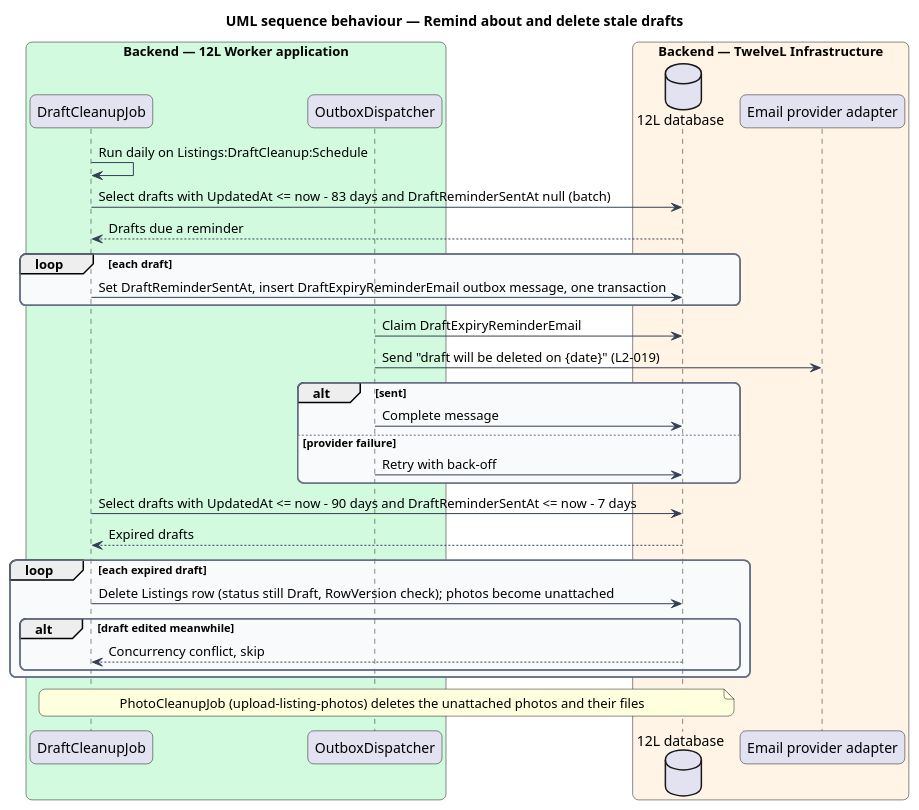
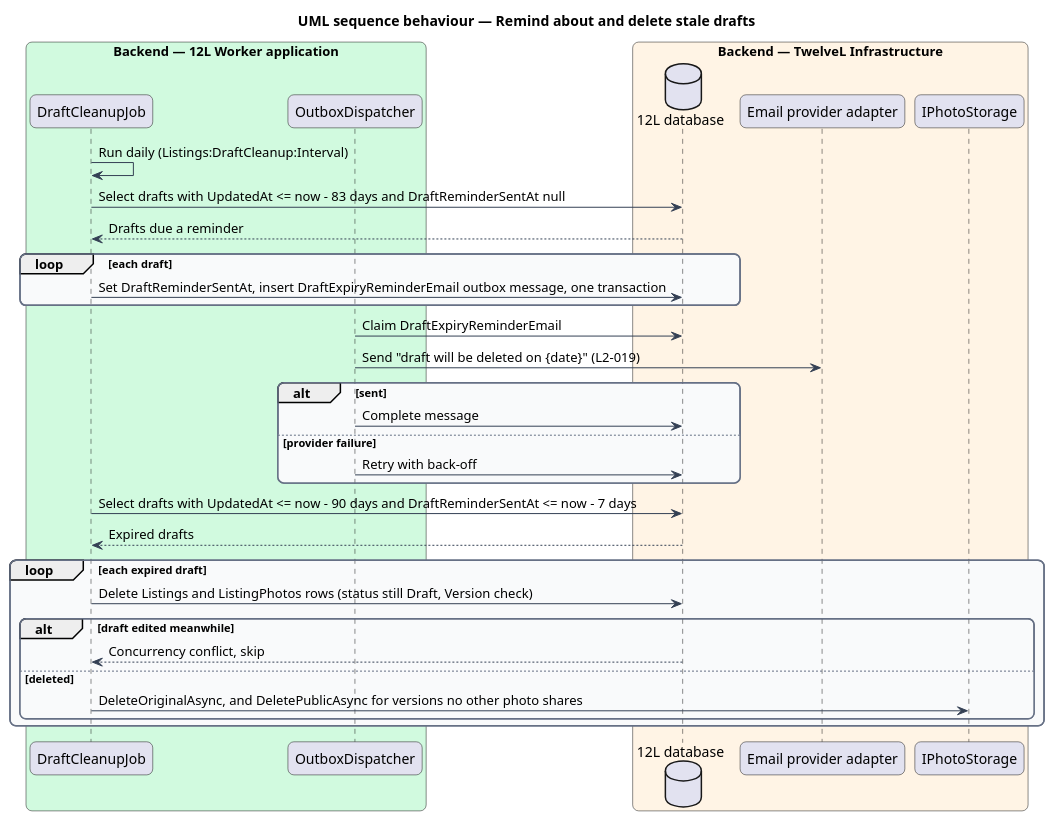
One commit to QuinntyneBrown/12l changed the diagram in docs/detailed-designs/listings/manage-my-listings/diagrams/sequence-draft-cleanup.puml. Above: the diagram before and after it, drawn with PlantUML. The commit also changed 29 other files, not shown here.

First line of the commit message:
Add the 90-day draft clean-up: reminder email, photo deletion and draft toast

```diff
--- a/docs/detailed-designs/listings/manage-my-listings/diagrams/sequence-draft-cleanup.puml
+++ b/docs/detailed-designs/listings/manage-my-listings/diagrams/sequence-draft-cleanup.puml
@@ -1,47 +1,49 @@
 @startuml
 title UML sequence behaviour — Remind about and delete stale drafts
 skinparam backgroundColor #FFFFFF
 skinparam shadowing false
 skinparam roundcorner 12
 skinparam defaultFontName Arial
 skinparam ArrowColor #344054
 skinparam rectangle {
   BorderColor #344054
   FontColor #101828
 }
 skinparam package {
   BorderColor #667085
   FontColor #101828
   BackgroundColor #F9FAFB
 }
 box "Backend — 12L Worker application" #D1FADF
   participant "DraftCleanupJob" as job
   participant "OutboxDispatcher" as outbox
 end box
 box "Backend — TwelveL Infrastructure" #FFF4E5
   database "12L database" as db
   participant "Email provider adapter" as email
+  participant "IPhotoStorage" as storage
 end box
-job -> job : Run daily on Listings:DraftCleanup:Schedule
-job -> db : Select drafts with UpdatedAt <= now - 83 days and DraftReminderSentAt null (batch)
+job -> job : Run daily (Listings:DraftCleanup:Interval)
+job -> db : Select drafts with UpdatedAt <= now - 83 days and DraftReminderSentAt null
 db --> job : Drafts due a reminder
 loop each draft
   job -> db : Set DraftReminderSentAt, insert DraftExpiryReminderEmail outbox message, one transaction
 end
 outbox -> db : Claim DraftExpiryReminderEmail
 outbox -> email : Send "draft will be deleted on {date}" (L2-019)
 alt sent
   outbox -> db : Complete message
 else provider failure
   outbox -> db : Retry with back-off
 end
 job -> db : Select drafts with UpdatedAt <= now - 90 days and DraftReminderSentAt <= now - 7 days
 db --> job : Expired drafts
 loop each expired draft
-  job -> db : Delete Listings row (status still Draft, RowVersion check); photos become unattached
+  job -> db : Delete Listings and ListingPhotos rows (status still Draft, Version check)
   alt draft edited meanwhile
     db --> job : Concurrency conflict, skip
+  else deleted
+    job -> storage : DeleteOriginalAsync, and DeletePublicAsync for versions no other photo shares
   end
 end
-note over job, db : PhotoCleanupJob (upload-listing-photos) deletes the unattached photos and their files
 @enduml
```
